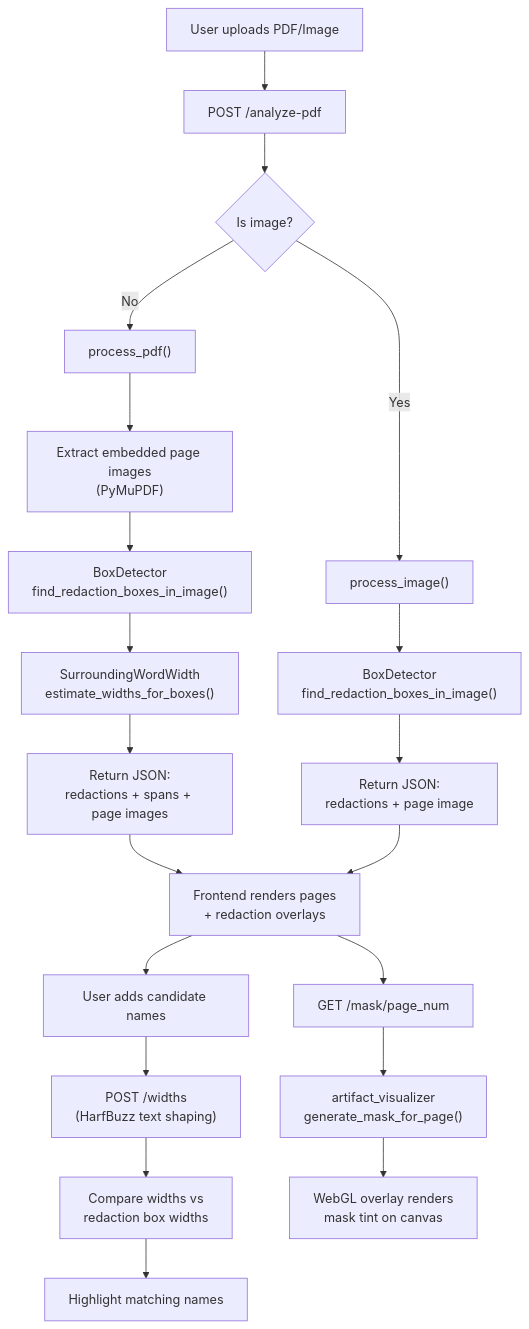
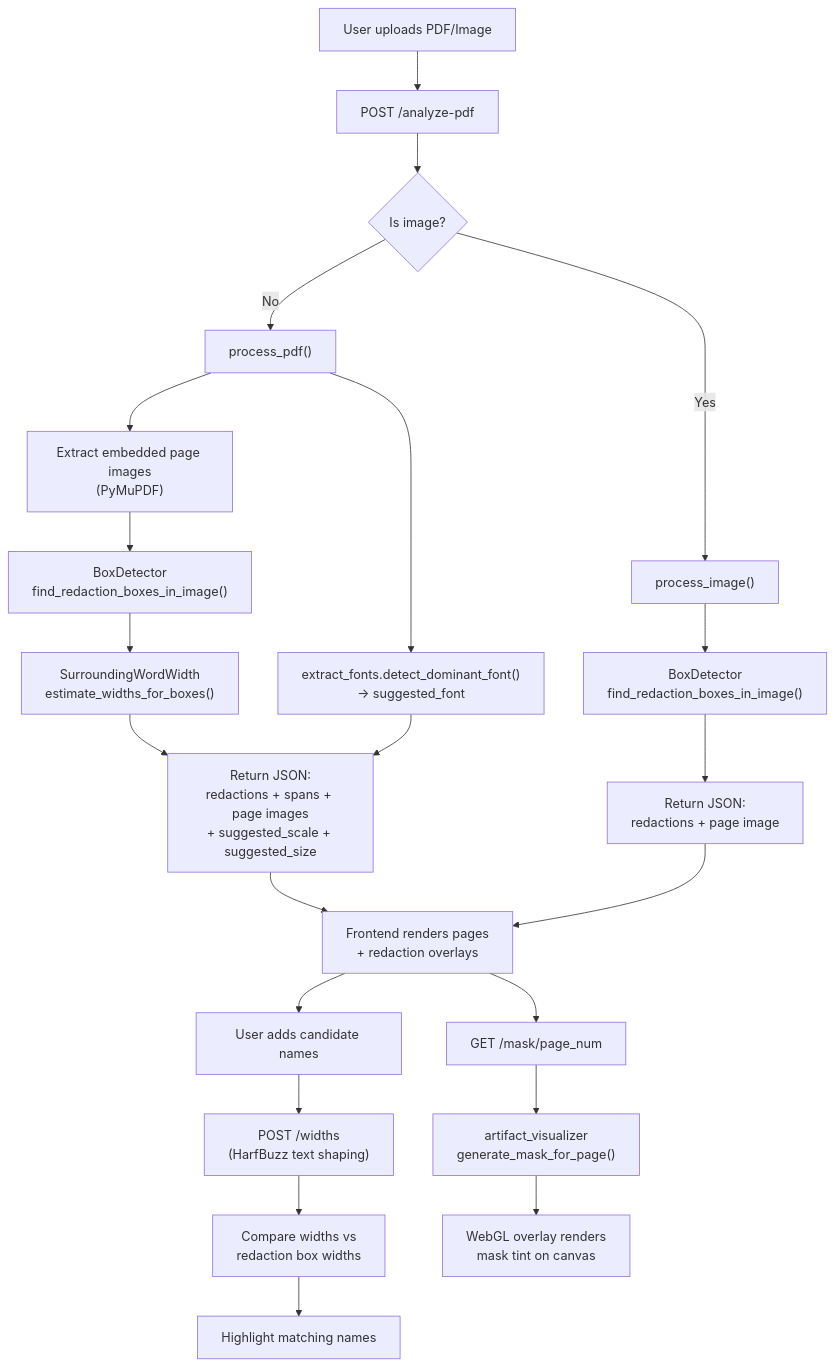
Before and after one commit to JaguarM/EpsteinTool: the diagram in guide/architecture/architecture-overview.md, drawn with Mermaid. The commit also changed other lines of this file and 7 other files, not shown here.

First line of the commit message:
Detect scale/size and update PDF analysis output

````diff
--- a/guide/architecture/architecture-overview.md
+++ b/guide/architecture/architecture-overview.md
@@ -66,27 +67,29 @@
 ```mermaid
 flowchart TD
     A["User uploads PDF/Image"] --> B["POST /analyze-pdf"]
     B --> C{"Is image?"}
     C -->|Yes| D["process_image()"]
     C -->|No| E["process_pdf()"]
 
     E --> F["Extract embedded page images\n(PyMuPDF)"]
     F --> G["BoxDetector\nfind_redaction_boxes_in_image()"]
     G --> H["SurroundingWordWidth\nestimate_widths_for_boxes()"]
-    H --> I["Return JSON:\nredactions + spans + page images"]
+    H --> I["Return JSON:\nredactions + spans + page images\n+ suggested_scale + suggested_size"]
+    E --> EF["extract_fonts.detect_dominant_font()\n→ suggested_font"]
+    EF --> I
 
     D --> G2["BoxDetector\nfind_redaction_boxes_in_image()"]
     G2 --> I2["Return JSON:\nredactions + page image"]
 
     I --> J["Frontend renders pages\n+ redaction overlays"]
     I2 --> J
 
     J --> K["User adds candidate names"]
     K --> L["POST /widths\n(HarfBuzz text shaping)"]
     L --> M["Compare widths vs\nredaction box widths"]
     M --> N["Highlight matching names"]
 
     J --> O["GET /mask/page_num"]
     O --> P["artifact_visualizer\ngenerate_mask_for_page()"]
     P --> Q["WebGL overlay renders\nmask tint on canvas"]
 ```
````
